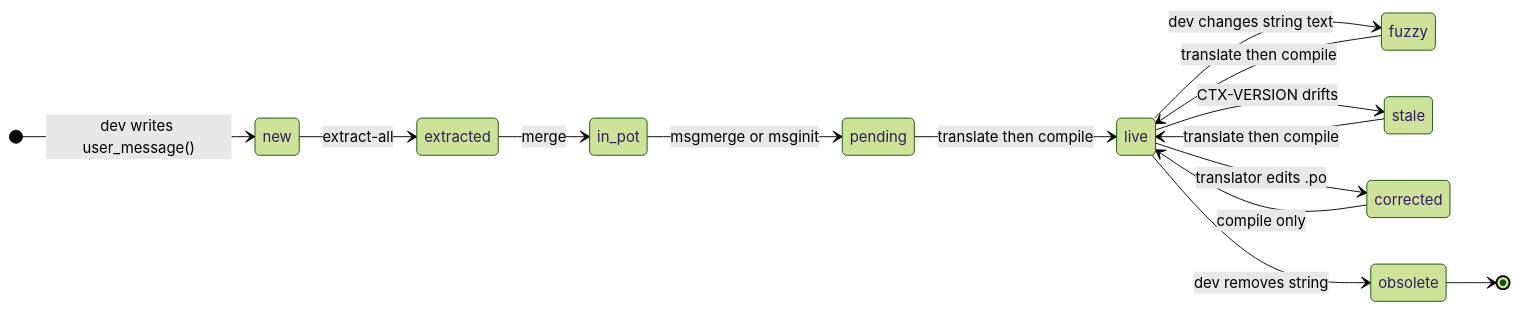
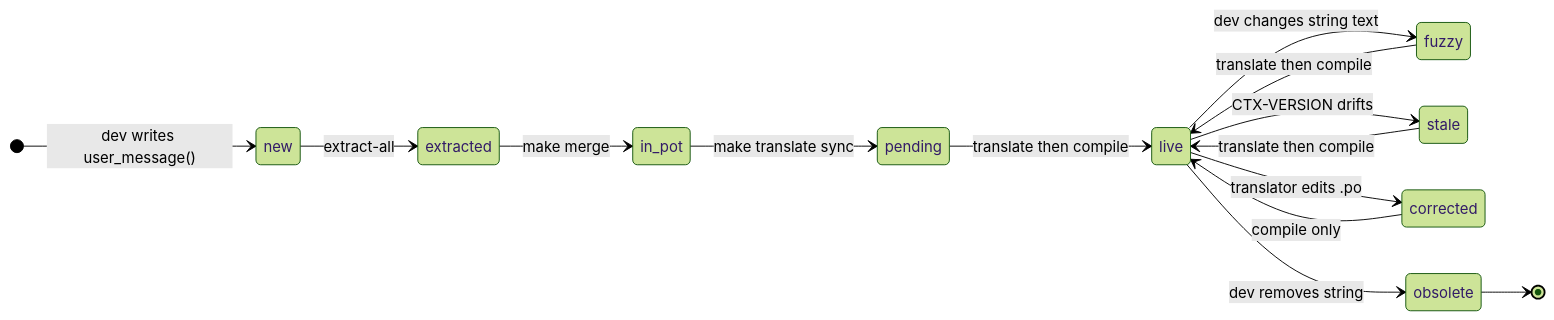
Before and after one commit to pcrespov/osparc-simcore: the first of 3 diagrams in scripts/i18n/DESIGN.md, drawn with Mermaid (forest theme). The commit also changed other lines of this file, not shown here.

````diff
--- a/scripts/i18n/DESIGN.md
+++ b/scripts/i18n/DESIGN.md
@@ -35,21 +112,21 @@
 ```mermaid
 stateDiagram-v2
     direction LR
     [*] --> new : dev writes user_message()
     new --> extracted : extract-all
-    extracted --> in_pot : merge
-    in_pot --> pending : msgmerge or msginit
+    extracted --> in_pot : make merge
+    in_pot --> pending : make translate sync
     pending --> live : translate then compile
 
     live --> fuzzy : dev changes string text
     fuzzy --> live : translate then compile
 
     live --> stale : CTX-VERSION drifts
     stale --> live : translate then compile
 
     live --> corrected : translator edits .po
     corrected --> live : compile only
 
     live --> obsolete : dev removes string
     obsolete --> [*]
 ```
````
